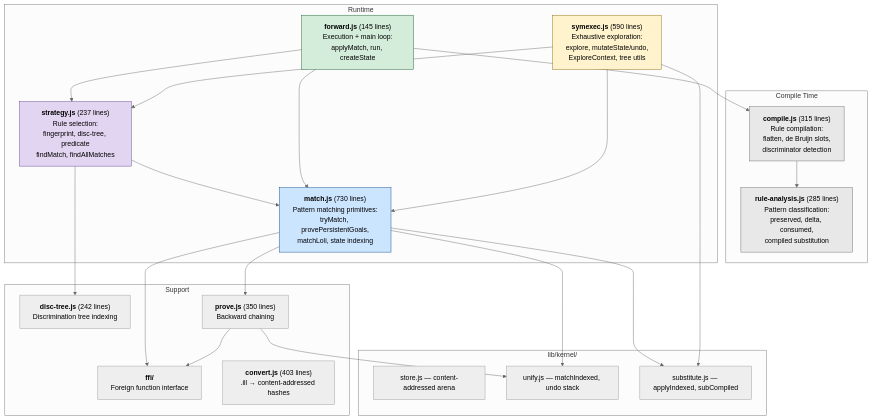
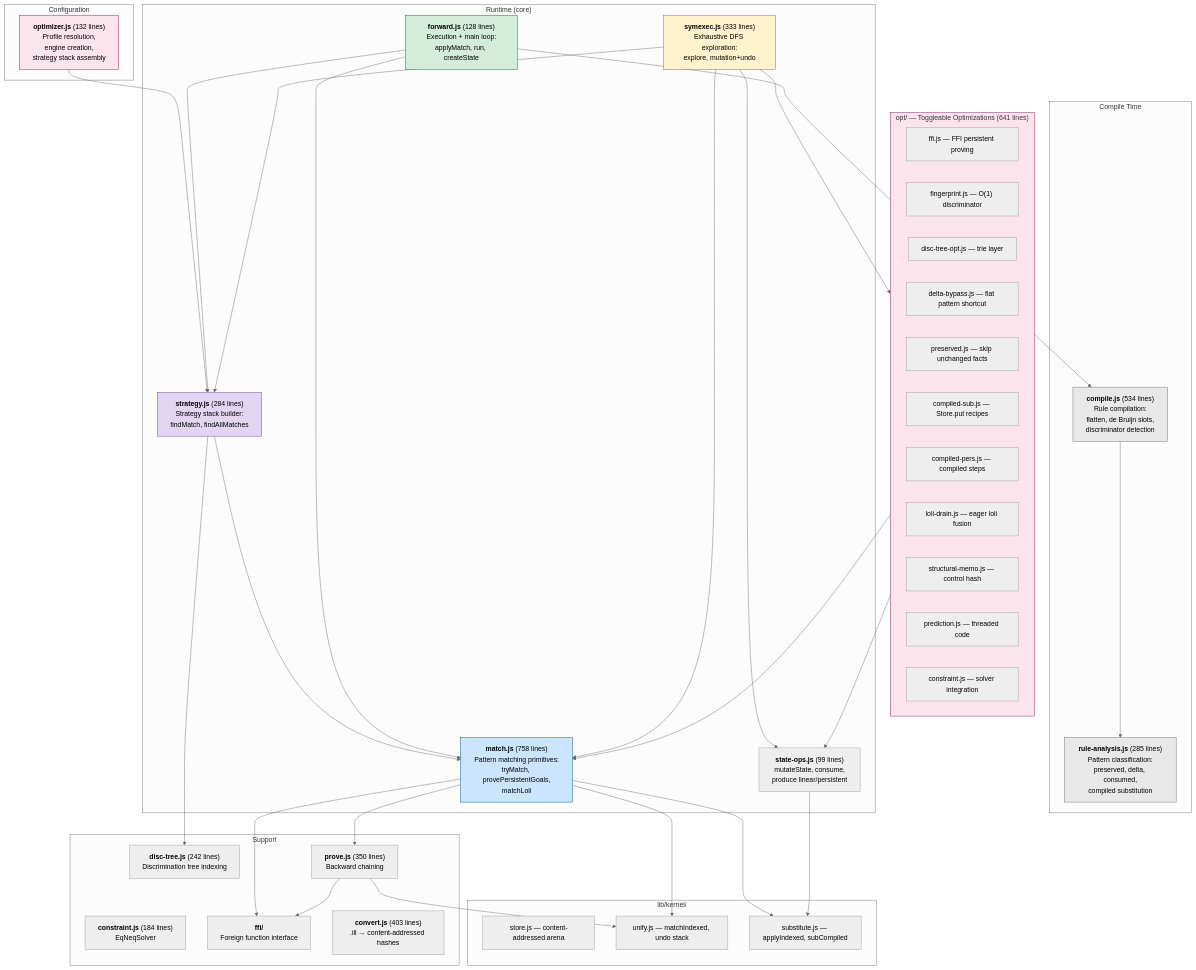
One commit to mhhf/calc changed the first of 7 diagrams in doc/documentation/forward-chaining-engine.md. Above: the diagram before and after it, drawn with Mermaid (neutral theme). The commit also changed other lines of this file and 3 other files, not shown here.

First line of the commit message:
docs: add optimization-architecture.md, update engine docs for opt/ extraction

````diff
--- a/doc/documentation/forward-chaining-engine.md
+++ b/doc/documentation/forward-chaining-engine.md
@@ -15,50 +15,77 @@
 ```mermaid
 graph TB
     subgraph Compilation["Compile Time"]
-        COMPILE["<b>compile.js</b> (315 lines)<br/>Rule compilation:<br/>flatten, de Bruijn slots,<br/>discriminator detection"]
+        COMPILE["<b>compile.js</b> (534 lines)<br/>Rule compilation:<br/>flatten, de Bruijn slots,<br/>discriminator detection"]
         ANALYSIS["<b>rule-analysis.js</b> (285 lines)<br/>Pattern classification:<br/>preserved, delta, consumed,<br/>compiled substitution"]
     end
 
-    subgraph Runtime["Runtime"]
-        MATCH["<b>match.js</b> (730 lines)<br/>Pattern matching primitives:<br/>tryMatch, provePersistentGoals,<br/>matchLoli, state indexing"]
-        STRATEGY["<b>strategy.js</b> (237 lines)<br/>Rule selection:<br/>fingerprint, disc-tree, predicate<br/>findMatch, findAllMatches"]
-        FORWARD["<b>forward.js</b> (145 lines)<br/>Execution + main loop:<br/>applyMatch, run, createState"]
-        SYMEXEC["<b>symexec.js</b> (590 lines)<br/>Exhaustive exploration:<br/>explore, mutateState/undo,<br/>ExploreContext, tree utils"]
+    subgraph Config["Configuration"]
+        OPTIM["<b>optimizer.js</b> (132 lines)<br/>Profile resolution,<br/>engine creation,<br/>strategy stack assembly"]
+    end
+
+    subgraph Runtime["Runtime (core)"]
+        MATCH["<b>match.js</b> (758 lines)<br/>Pattern matching primitives:<br/>tryMatch, provePersistentGoals,<br/>matchLoli"]
+        STRATEGY["<b>strategy.js</b> (284 lines)<br/>Strategy stack builder:<br/>findMatch, findAllMatches"]
+        STATEOPS["<b>state-ops.js</b> (99 lines)<br/>mutateState, consume,<br/>produce linear/persistent"]
+        FORWARD["<b>forward.js</b> (128 lines)<br/>Execution + main loop:<br/>applyMatch, run, createState"]
+        SYMEXEC["<b>symexec.js</b> (333 lines)<br/>Exhaustive DFS exploration:<br/>explore, mutation+undo"]
+    end
+
+    subgraph Opt["opt/ — Toggleable Optimizations (641 lines)"]
+        OPT_FFI["ffi.js — FFI persistent proving"]
+        OPT_FP["fingerprint.js — O(1) discriminator"]
+        OPT_DT["disc-tree-opt.js — trie layer"]
+        OPT_DELTA["delta-bypass.js — flat pattern shortcut"]
+        OPT_PRES["preserved.js — skip unchanged facts"]
+        OPT_CSUB["compiled-sub.js — Store.put recipes"]
+        OPT_CPERS["compiled-pers.js — compiled steps"]
+        OPT_LOLI["loli-drain.js — eager loli fusion"]
+        OPT_MEMO["structural-memo.js — control hash"]
+        OPT_PRED["prediction.js — threaded code"]
+        OPT_CONS["constraint.js — solver integration"]
     end
 
     subgraph Support["Support"]
         DTREE["<b>disc-tree.js</b> (242 lines)<br/>Discrimination tree indexing"]
+        CONSTR["<b>constraint.js</b> (184 lines)<br/>EqNeqSolver"]
         PROVE["<b>prove.js</b> (350 lines)<br/>Backward chaining"]
         FFI["<b>ffi/</b><br/>Foreign function interface"]
         CONVERT["<b>convert.js</b> (403 lines)<br/>.ill → content-addressed hashes"]
     end
 
     subgraph Kernel["lib/kernel/"]
         STORE["store.js — content-addressed arena"]
         UNIFY["unify.js — matchIndexed, undo stack"]
         SUBST["substitute.js — applyIndexed, subCompiled"]
     end
 
+    OPTIM --> STRATEGY
     COMPILE --> ANALYSIS
     MATCH --> UNIFY
     MATCH --> SUBST
     MATCH --> PROVE
     MATCH --> FFI
     STRATEGY --> MATCH
     STRATEGY --> DTREE
     FORWARD --> STRATEGY
     FORWARD --> MATCH
     FORWARD --> COMPILE
     SYMEXEC --> STRATEGY
     SYMEXEC --> MATCH
-    SYMEXEC --> SUBST
+    SYMEXEC --> STATEOPS
+    SYMEXEC --> Opt
+    STATEOPS --> SUBST
+    Opt --> MATCH
+    Opt --> STATEOPS
     PROVE --> FFI
     PROVE --> UNIFY
 
     style MATCH fill:#cce5ff,stroke:#004085
     style STRATEGY fill:#e2d5f1,stroke:#5a3d8a
     style FORWARD fill:#d4edda,stroke:#155724
     style SYMEXEC fill:#fff3cd,stroke:#856404
     style COMPILE fill:#e8e8e8,stroke:#666
     style ANALYSIS fill:#e8e8e8,stroke:#666
+    style OPTIM fill:#fce4ec,stroke:#880e4f
+    style Opt fill:#fce4ec,stroke:#880e4f
 ```
````
